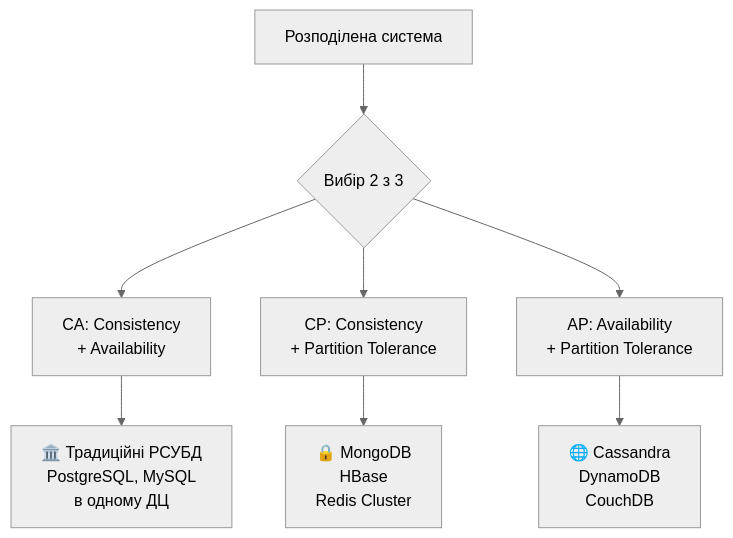
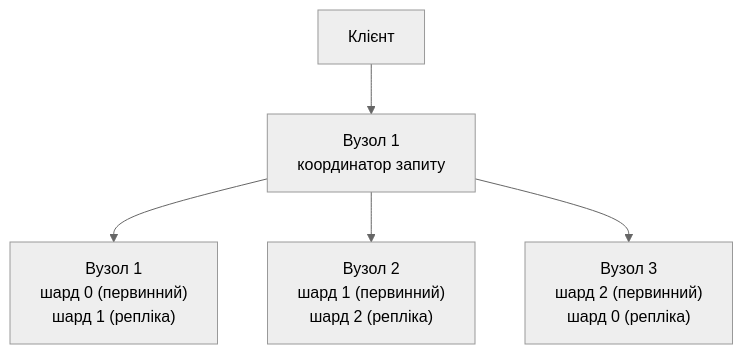
Before and after one commit to olroi421/course-bd: the second of 3 diagrams in presentations/presentation-11.md, drawn with Mermaid (neutral theme). The commit also changed other lines of this file and 10 other files, not shown here.

````diff
--- a/presentations/presentation-11.md
+++ b/presentations/presentation-11.md
@@ -186,14 +98,7 @@
 ```mermaid
-graph TD
-    A[Розподілена система] --> B{Вибір 2 з 3}
-
-    B --> C[CA: Consistency<br/>+ Availability]
-    B --> D[CP: Consistency<br/>+ Partition Tolerance]
-    B --> E[AP: Availability<br/>+ Partition Tolerance]
-
-    C --> F[🏛️ Традиційні РСУБД<br/>PostgreSQL, MySQL<br/>в одному ДЦ]
-
-    D --> G[🔒 MongoDB<br/>HBase<br/>Redis Cluster]
-
-    E --> H[🌐 Cassandra<br/>DynamoDB<br/>CouchDB]
+graph TB
+    A["Клієнт"] --> B["Вузол 1<br/>координатор запиту"]
+    B --> C["Вузол 1<br/>шард 0 (первинний)<br/>шард 1 (репліка)"]
+    B --> D["Вузол 2<br/>шард 1 (первинний)<br/>шард 2 (репліка)"]
+    B --> E["Вузол 3<br/>шард 2 (первинний)<br/>шард 0 (репліка)"]
 ```
````
